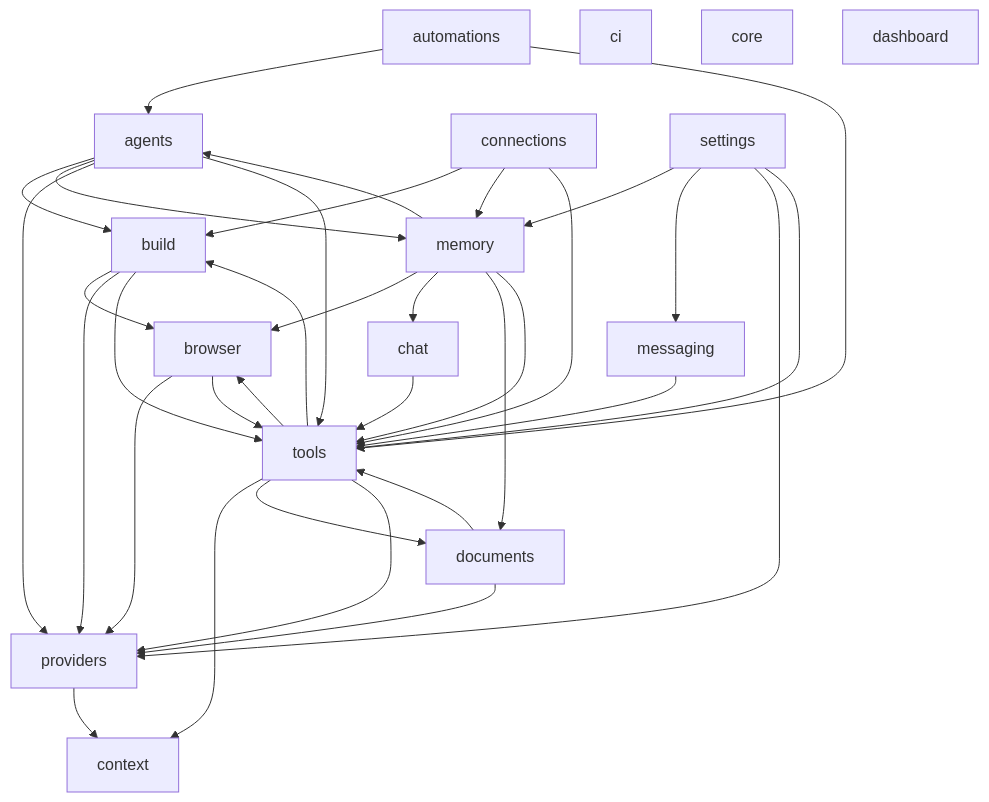
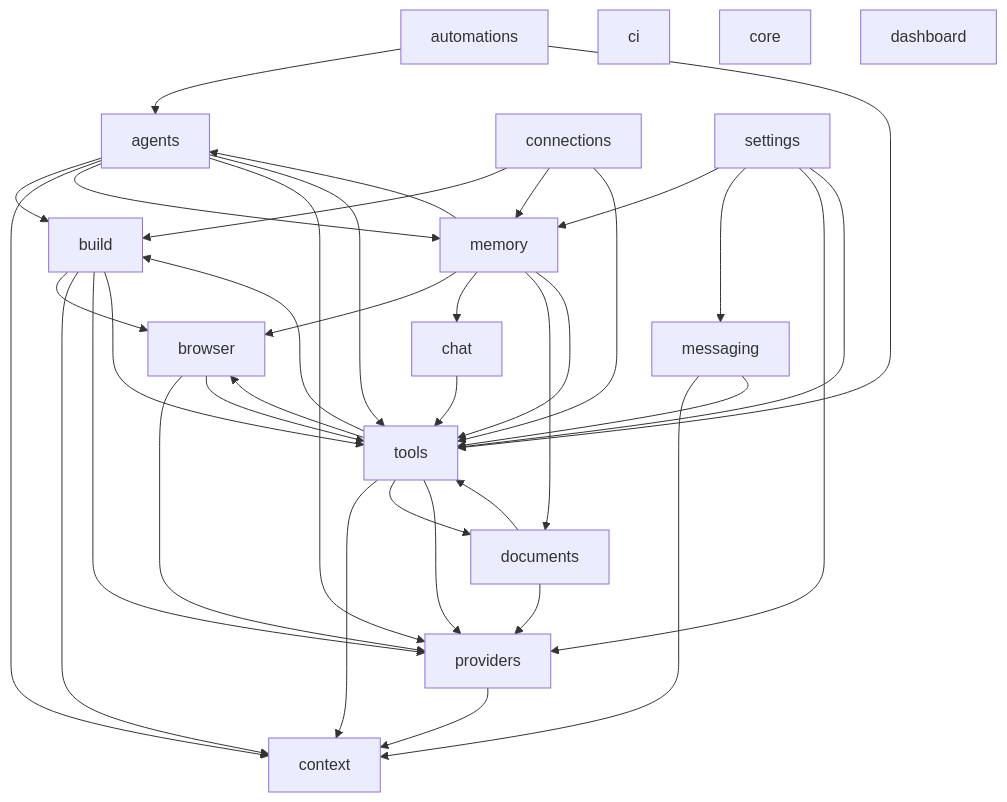
The second of 2 diagrams in docs/DEPENDENCIES.md (RealDealCPA-VR/Iron-Jarvis), drawn with Mermaid before and after one commit. The commit also changed other lines of this file and 9 other files, not shown here.

````diff
--- a/docs/DEPENDENCIES.md
+++ b/docs/DEPENDENCIES.md
@@ -53,52 +53,55 @@
 ```mermaid
 flowchart TD
   agents["agents"]
   automations["automations"]
   browser["browser"]
   build["build"]
   chat["chat"]
   ci["ci"]
   connections["connections"]
   context["context"]
   core["core"]
   dashboard["dashboard"]
   documents["documents"]
   memory["memory"]
   messaging["messaging"]
   providers["providers"]
   settings["settings"]
   tools["tools"]
   agents --> build
+  agents --> context
   agents --> memory
   agents --> providers
   agents --> tools
   automations --> agents
   automations --> tools
   browser --> providers
   browser --> tools
   build --> browser
+  build --> context
   build --> providers
   build --> tools
   chat --> tools
   connections --> build
   connections --> memory
   connections --> tools
   documents --> providers
   documents --> tools
   memory --> agents
   memory --> browser
   memory --> chat
   memory --> documents
   memory --> tools
+  messaging --> context
   messaging --> tools
   providers --> context
   settings --> memory
   settings --> messaging
   settings --> providers
   settings --> tools
   tools --> browser
   tools --> build
   tools --> context
   tools --> documents
   tools --> providers
 ```
````
